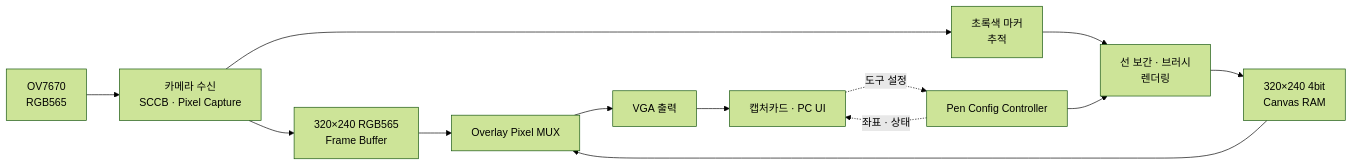
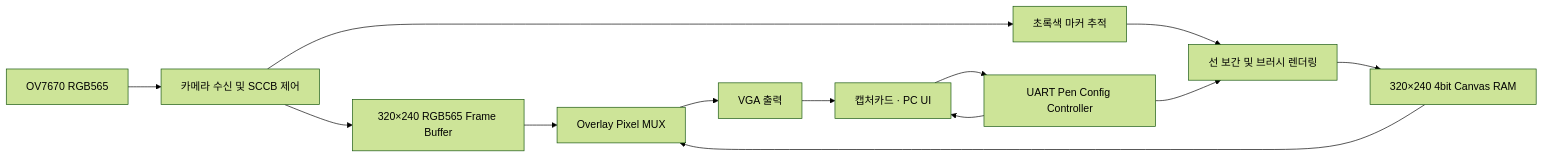
One commit to Bourrasque-21/VGA_AIR_DRAWING changed the first of 3 diagrams in README.md. Above: the diagram before and after it, drawn with Mermaid (forest theme). The commit also changed other lines of this file, not shown here.

Commit message:
docs: simplify Mermaid diagrams for compatibility

````diff
--- a/README.md
+++ b/README.md
@@ -79,15 +79,15 @@
 ```mermaid
 flowchart LR
-    CAM["OV7670<br/>RGB565"] --> CAP["카메라 수신<br/>SCCB · Pixel Capture"]
-    CAP --> FB["320×240 RGB565<br/>Frame Buffer"]
-    CAP --> TRACK["초록색 마커<br/>추적"]
-    TRACK --> DRAW["선 보간 · 브러시<br/>렌더링"]
-    DRAW --> CANVAS["320×240 4bit<br/>Canvas RAM"]
+    CAM["OV7670 RGB565"] --> CAP["카메라 수신 및 SCCB 제어"]
+    CAP --> FB["320×240 RGB565 Frame Buffer"]
+    CAP --> TRACK["초록색 마커 추적"]
+    TRACK --> DRAW["선 보간 및 브러시 렌더링"]
+    DRAW --> CANVAS["320×240 4bit Canvas RAM"]
     FB --> MUX["Overlay Pixel MUX"]
     CANVAS --> MUX
     MUX --> VGA["VGA 출력"]
     VGA --> PC["캡처카드 · PC UI"]
-    PC -.->|도구 설정| CFG["Pen Config Controller"]
-    CFG -.->|좌표 · 상태| PC
+    PC --> CFG["UART Pen Config Controller"]
+    CFG --> PC
     CFG --> DRAW
 ```
````
